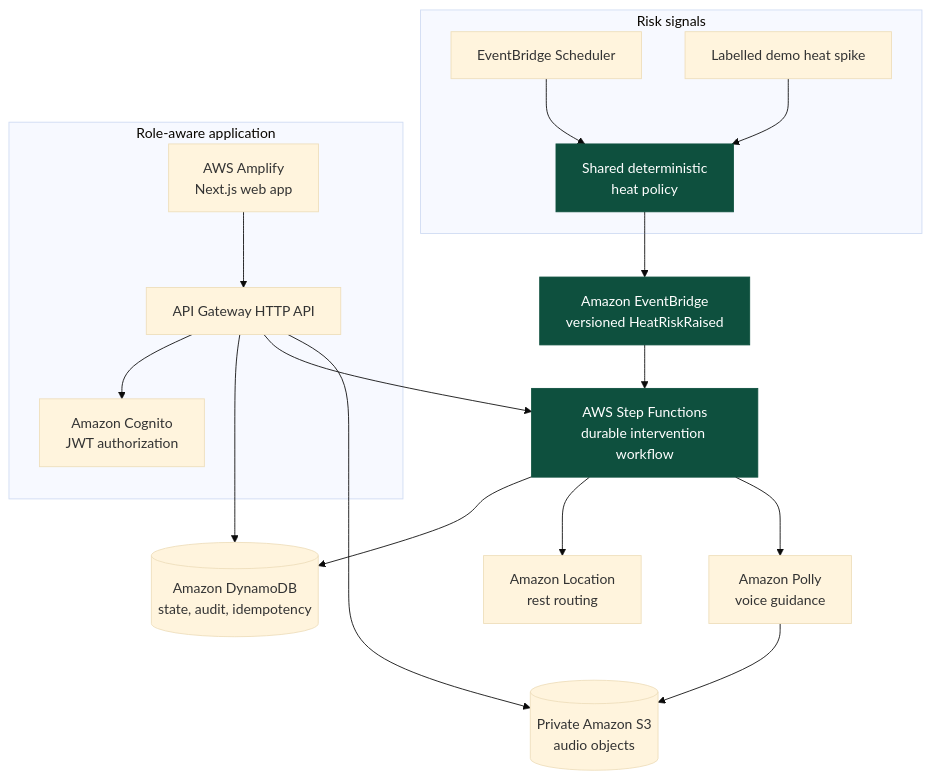
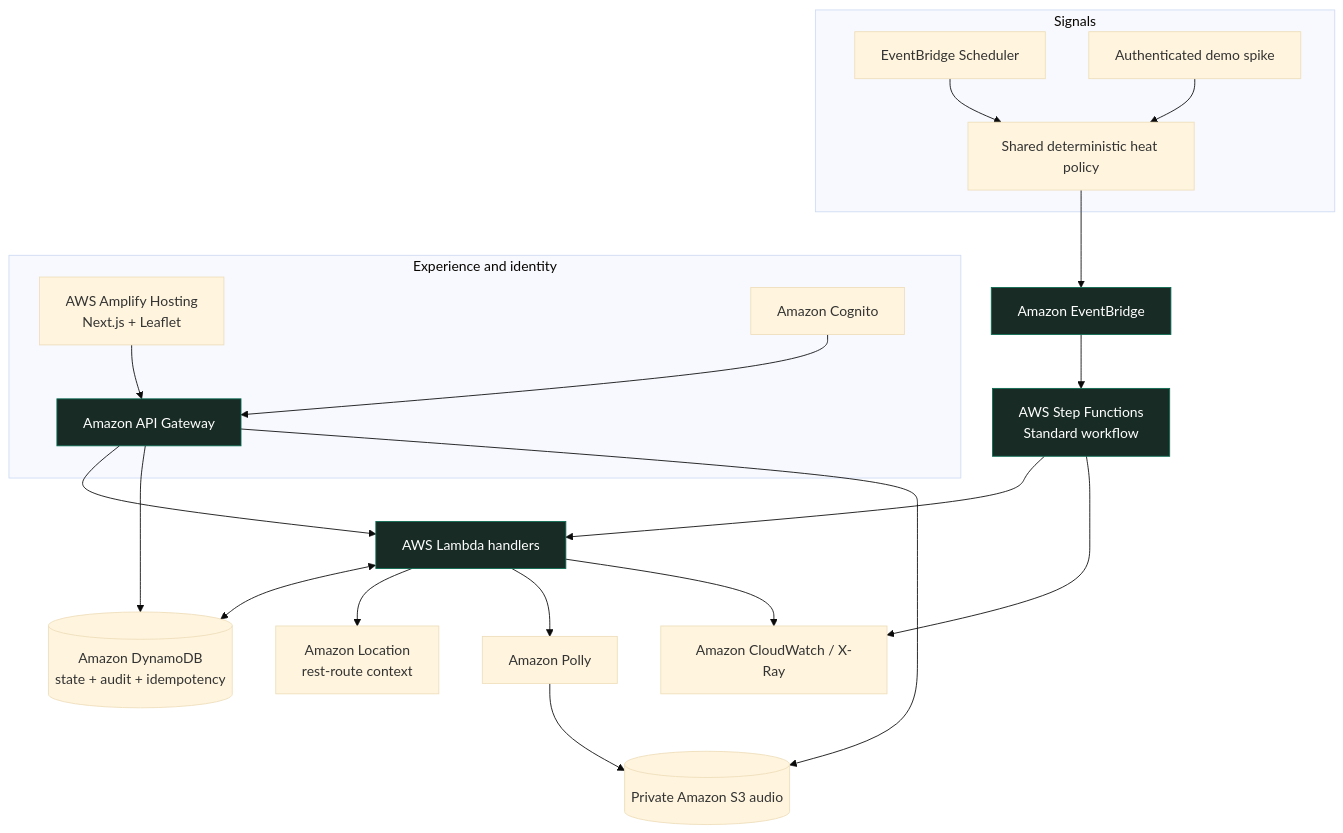
The second of 2 diagrams in README.md (abhinav0singh/TapSaathi), drawn with Mermaid (base theme) before and after one commit. The commit also changed other lines of this file, not shown here.

````diff
--- a/README.md
+++ b/README.md
@@ -104,22 +176,31 @@
 ```mermaid
 flowchart TB
-    subgraph INPUT[Risk signals]
-      S[EventBridge Scheduler] --> P[Shared deterministic<br/>heat policy]
-      X[Labelled demo heat spike] --> P
+    subgraph S[Signals]
+      SCH[EventBridge Scheduler]
+      DEMO[Authenticated demo spike]
+      POL[Shared deterministic heat policy]
+      SCH --> POL
+      DEMO --> POL
     end
-    P --> EB[Amazon EventBridge<br/>versioned HeatRiskRaised]
-    EB --> SF[AWS Step Functions<br/>durable intervention workflow]
-    SF --> DB[(Amazon DynamoDB<br/>state, audit, idempotency)]
-    SF --> LOC[Amazon Location<br/>rest routing]
-    SF --> POLLY[Amazon Polly<br/>voice guidance]
-    POLLY --> S3[(Private Amazon S3<br/>audio objects)]
-    subgraph APP[Role-aware application]
-      WEB[AWS Amplify<br/>Next.js web app] --> API[API Gateway HTTP API]
-      API --> AUTH[Amazon Cognito<br/>JWT authorization]
+    POL --> BUS[Amazon EventBridge]
+    BUS --> SF[AWS Step Functions<br/>Standard workflow]
+    SF --> L[AWS Lambda handlers]
+    L <--> DB[(Amazon DynamoDB<br/>state + audit + idempotency)]
+    L --> LOC[Amazon Location<br/>rest-route context]
+    L --> VOICE[Amazon Polly]
+    VOICE --> S3[(Private Amazon S3 audio)]
+    subgraph U[Experience and identity]
+      WEB[AWS Amplify Hosting<br/>Next.js + Leaflet]
+      API[Amazon API Gateway]
+      COG[Amazon Cognito]
+      WEB --> API
+      COG --> API
     end
+    API --> L
     API --> DB
-    API --> SF
     API --> S3
-    classDef core fill:#0e503e,color:#fff,stroke:#0e503e
-    class P,EB,SF core
+    L --> CW[Amazon CloudWatch / X-Ray]
+    SF --> CW
+    classDef aws fill:#182b24,color:#ffffff,stroke:#0b6b52
+    class BUS,SF,L,API aws
 ```
````
